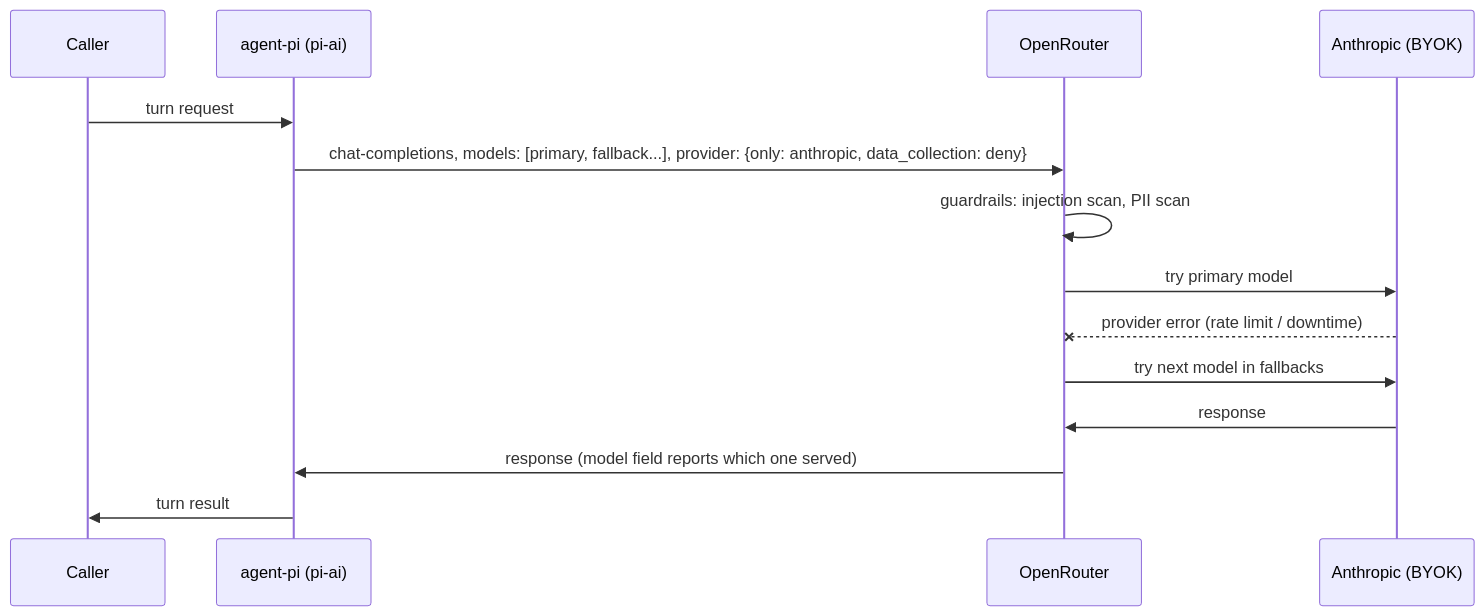
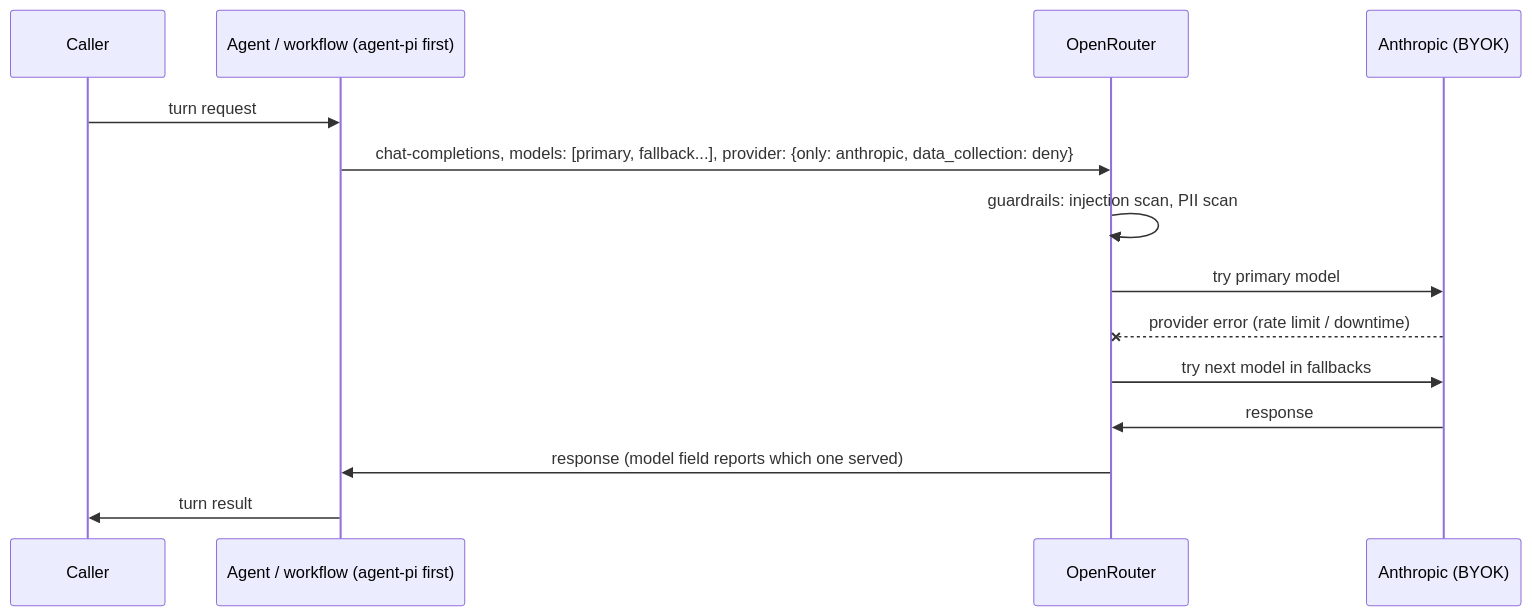
One commit to Solstice-Health/engineering-specs changed the second of 4 diagrams in plans/SOL-2933-openrouter-inference-gateway.md. Above: the diagram before and after it, drawn with Mermaid. The commit also changed other lines of this file, not shown here.

First line of the commit message:
Frame the gateway and config convention as agent-agnostic

````diff
--- a/plans/SOL-2933-openrouter-inference-gateway.md
+++ b/plans/SOL-2933-openrouter-inference-gateway.md
@@ -57,16 +59,16 @@
 ```mermaid
 sequenceDiagram
     participant C as Caller
-    participant P as agent-pi (pi-ai)
+    participant P as Agent / workflow (agent-pi first)
     participant OR as OpenRouter
     participant A as Anthropic (BYOK)
     C->>P: turn request
     P->>OR: chat-completions, models: [primary, fallback...], provider: {only: anthropic, data_collection: deny}
     OR->>OR: guardrails: injection scan, PII scan
     OR->>A: try primary model
     A--xOR: provider error (rate limit / downtime)
     OR->>A: try next model in fallbacks
     A->>OR: response
     OR->>P: response (model field reports which one served)
     P->>C: turn result
 ```
````
